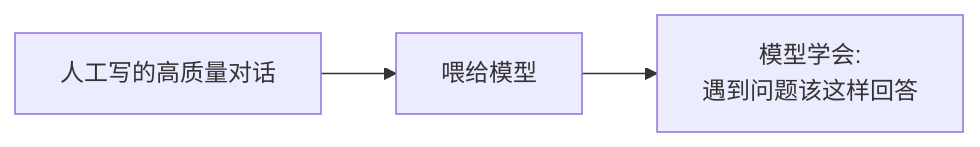
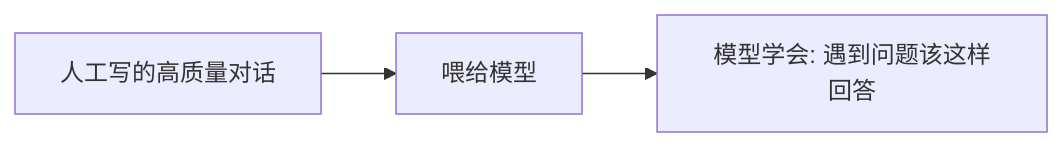
One commit to fuzhengwei/CodeGuide changed diagram 21 of 32 in docs/md/ai/ai-llm.md. Above: the diagram before and after it, drawn with Mermaid. The commit also changed other lines of this file, not shown here.

````diff
--- a/docs/md/ai/ai-llm.md
+++ b/docs/md/ai/ai-llm.md
@@ -812,5 +812,5 @@
 ```mermaid
 graph LR
     A[人工写的高质量对话] --> B[喂给模型]
-    B --> C["模型学会:<br/>遇到问题该这样回答"]
+    B --> C["模型学会: 遇到问题该这样回答"]
 ```
````
